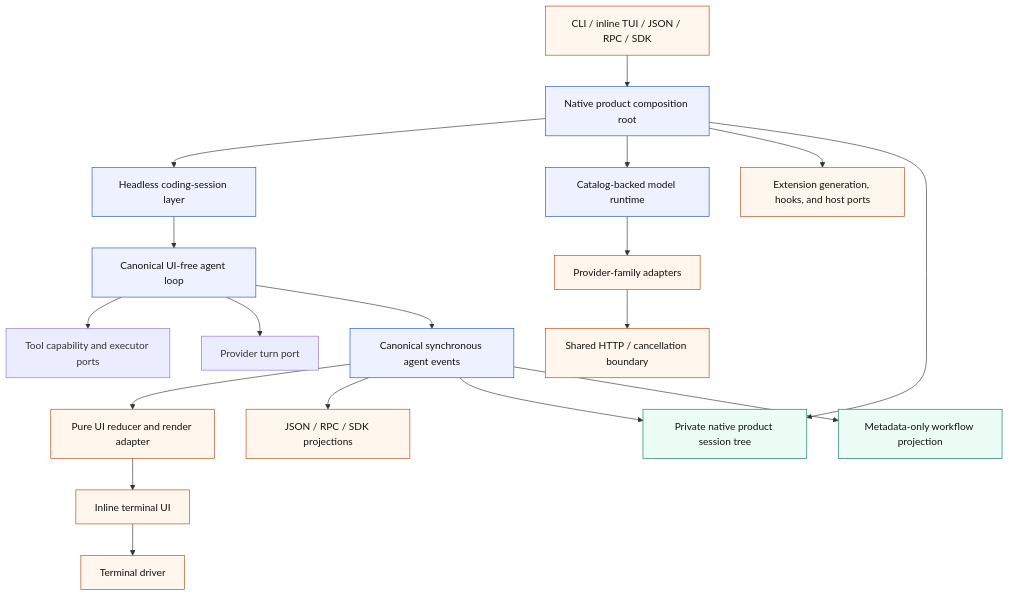
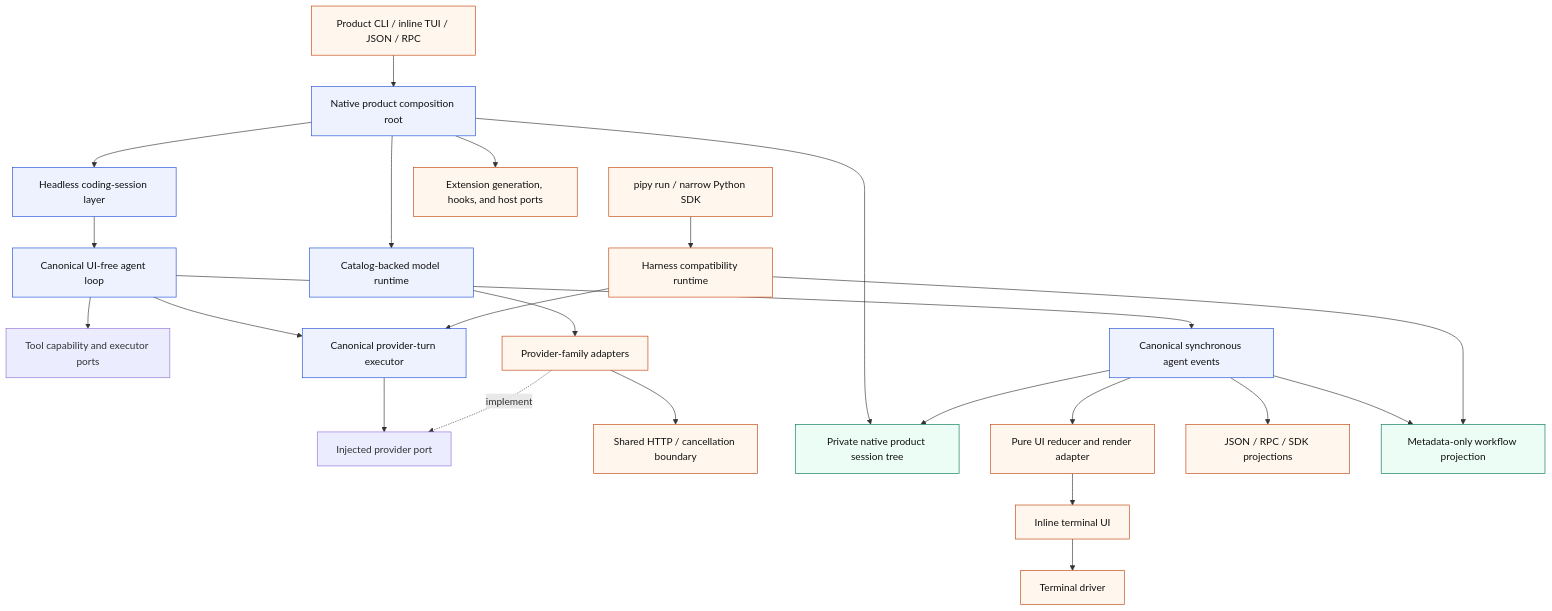
Before and after one commit to ephes/pipy: the diagram in docs/architecture.md, drawn with Mermaid. The commit also changed other lines of this file and 15 other files, not shown here.

````diff
--- a/docs/architecture.md
+++ b/docs/architecture.md
@@ -18,27 +18,32 @@
 ```mermaid
 flowchart TB
-  Entrypoints[CLI / inline TUI / JSON / RPC / SDK] --> Composition[Native product composition root]
+  Entrypoints[Product CLI / inline TUI / JSON / RPC] --> Composition[Native product composition root]
+  CompatEntrypoints[pipy run / narrow Python SDK] --> Compat[Harness compatibility runtime]
   Composition --> Coding[Headless coding-session layer]
   Coding --> Agent[Canonical UI-free agent loop]
   Agent --> Tools[Tool capability and executor ports]
-  Agent --> ProviderPort[Provider turn port]
+  Agent --> ProviderExecutor[Canonical provider-turn executor]
+  Compat --> ProviderExecutor
+  ProviderExecutor --> ProviderPort[Injected provider port]
   Composition --> Runtime[Catalog-backed model runtime]
   Runtime --> Providers[Provider-family adapters]
+  Providers -. implement .-> ProviderPort
   Providers --> HTTP[Shared HTTP / cancellation boundary]
   Composition --> Extensions[Extension generation, hooks, and host ports]
   Composition --> ProductTree[Private native product session tree]
   Agent --> Events[Canonical synchronous agent events]
   Events --> UI[Pure UI reducer and render adapter]
   Events --> Automation[JSON / RPC / SDK projections]
   Events --> ProductTree
   Events --> Workflow[Metadata-only workflow projection]
+  Compat --> Workflow
   UI --> TUI[Inline terminal UI]
   TUI --> Driver[Terminal driver]
 
   classDef core fill:#eef2ff,stroke:#1d4ed8,color:#111111;
   classDef adapter fill:#fff7ed,stroke:#c2410c,color:#111111;
   classDef store fill:#ecfdf5,stroke:#047857,color:#111111;
-  class Agent,Coding,Composition,Runtime,Events core;
-  class Entrypoints,Providers,HTTP,Extensions,UI,TUI,Driver,Automation adapter;
+  class Agent,Coding,Composition,Runtime,Events,ProviderExecutor core;
+  class Entrypoints,CompatEntrypoints,Compat,Providers,HTTP,Extensions,UI,TUI,Driver,Automation adapter;
   class ProductTree,Workflow store;
 ```
````
